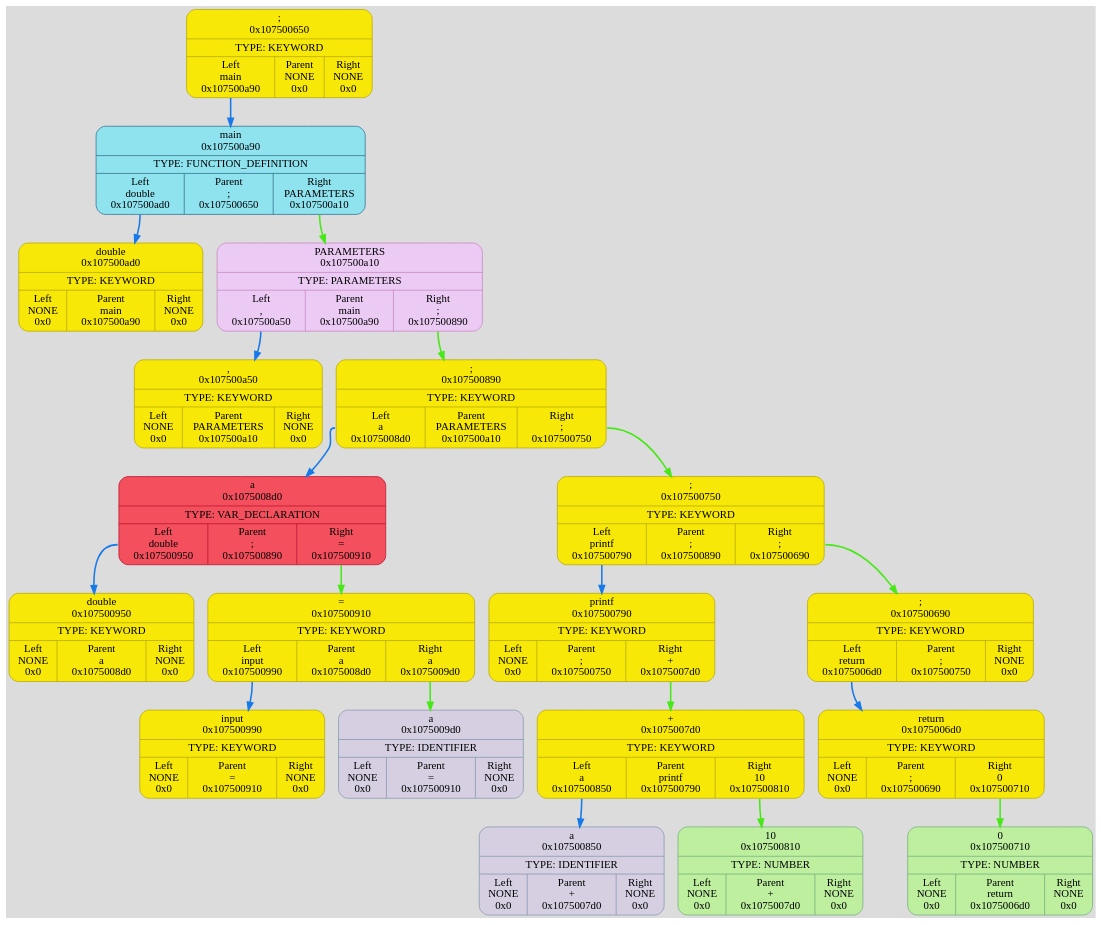
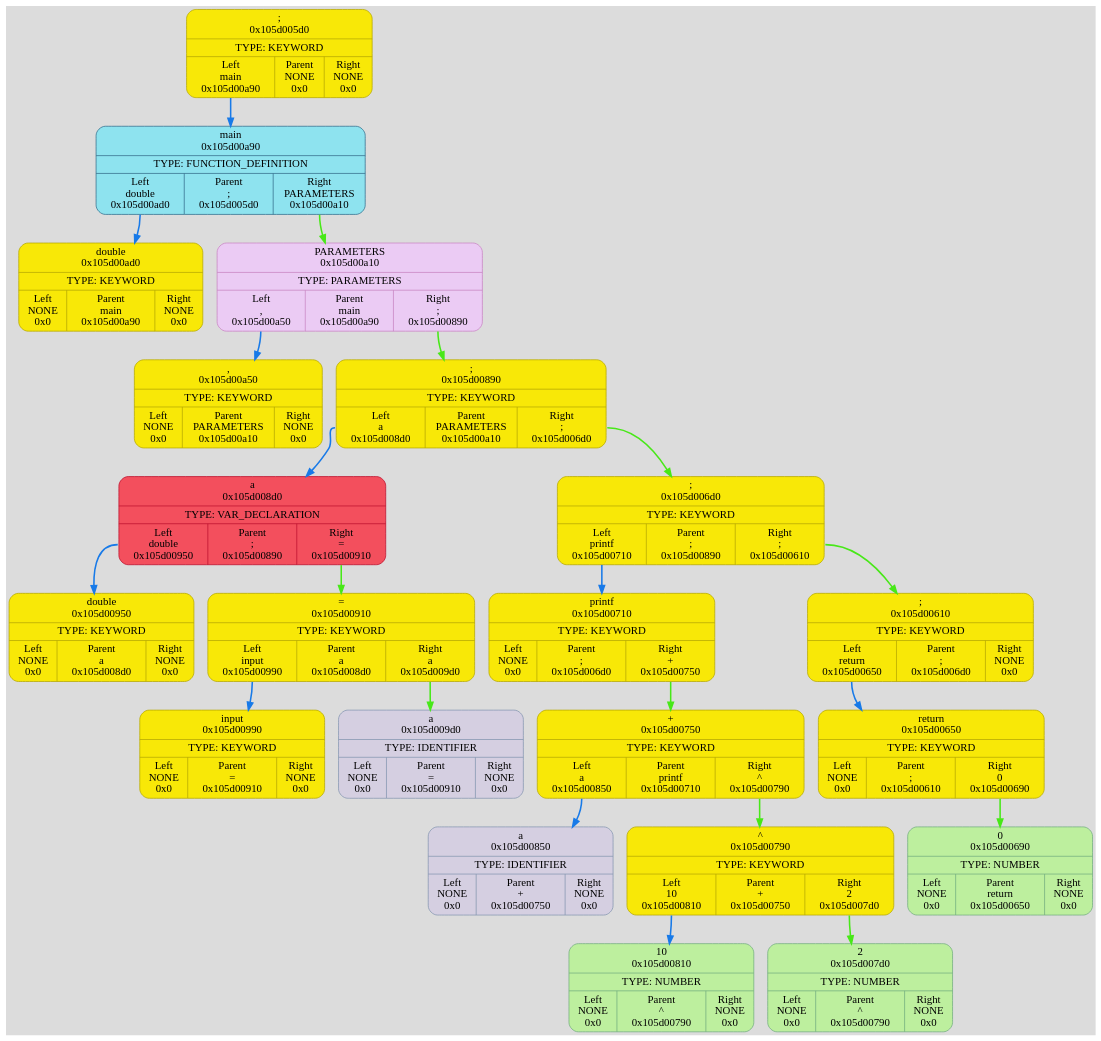
Before and after one commit to TolikRogov/Language: the diagram in Frontend/dump/graph.dot, drawn with Graphviz. The commit also changed 16 other files, not shown here.

```diff
--- a/Frontend/dump/graph.dot
+++ b/Frontend/dump/graph.dot
@@ -2,41 +2,45 @@
 	fontname = "UbuntuMono";
 	bgcolor = "#DCDCDC";
 
-	node0x107500650 [ shape = Mrecord; style = filled; fillcolor = "#F8E807"; color = "#B6AA05"; fontcolor = "#000000"; label = " { ;\n0x107500650 | TYPE: KEYWORD| { <left> Left\nmain\n0x107500a90 | Parent\nNONE\n0x0 | <right> Right\nNONE\n0x0 } } "; ];
-	node0x107500650:<left> -> node0x107500a90 [ style = "bold"; color = "#187AE8"; label = ""; ];
-	node0x107500a90 [ shape = Mrecord; style = filled; fillcolor = "#8EE3EF"; color = "#37718E"; fontcolor = "#000000"; label = " { main\n0x107500a90 | TYPE: FUNCTION_DEFINITION| { <left> Left\ndouble\n0x107500ad0 | Parent\n;\n0x107500650 | <right> Right\nPARAMETERS\n0x107500a10 } } "; ];
-	node0x107500a90:<left> -> node0x107500ad0 [ style = "bold"; color = "#187AE8"; label = ""; ];
-	node0x107500ad0 [ shape = Mrecord; style = filled; fillcolor = "#F8E807"; color = "#B6AA05"; fontcolor = "#000000"; label = " { double\n0x107500ad0 | TYPE: KEYWORD| { <left> Left\nNONE\n0x0 | Parent\nmain\n0x107500a90 | <right> Right\nNONE\n0x0 } } "; ];
-	node0x107500a10 [ shape = Mrecord; style = filled; fillcolor = "#EBCBF4"; color = "#C986C3"; fontcolor = "#000000"; label = " { PARAMETERS\n0x107500a10 | TYPE: PARAMETERS| { <left> Left\n,\n0x107500a50 | Parent\nmain\n0x107500a90 | <right> Right\n;\n0x107500890 } } "; ];
-	node0x107500a10:<left> -> node0x107500a50 [ style = "bold"; color = "#187AE8"; label = ""; ];
-	node0x107500a50 [ shape = Mrecord; style = filled; fillcolor = "#F8E807"; color = "#B6AA05"; fontcolor = "#000000"; label = " { ,\n0x107500a50 | TYPE: KEYWORD| { <left> Left\nNONE\n0x0 | Parent\nPARAMETERS\n0x107500a10 | <right> Right\nNONE\n0x0 } } "; ];
-	node0x107500890 [ shape = Mrecord; style = filled; fillcolor = "#F8E807"; color = "#B6AA05"; fontcolor = "#000000"; label = " { ;\n0x107500890 | TYPE: KEYWORD| { <left> Left\na\n0x1075008d0 | Parent\nPARAMETERS\n0x107500a10 | <right> Right\n;\n0x107500750 } } "; ];
-	node0x107500890:<left> -> node0x1075008d0 [ style = "bold"; color = "#187AE8"; label = ""; ];
-	node0x1075008d0 [ shape = Mrecord; style = filled; fillcolor = "#F34F5D"; color = "#BD132F"; fontcolor = "#000000"; label = " { a\n0x1075008d0 | TYPE: VAR_DECLARATION| { <left> Left\ndouble\n0x107500950 | Parent\n;\n0x107500890 | <right> Right\n=\n0x107500910 } } "; ];
-	node0x1075008d0:<left> -> node0x107500950 [ style = "bold"; color = "#187AE8"; label = ""; ];
-	node0x107500950 [ shape = Mrecord; style = filled; fillcolor = "#F8E807"; color = "#B6AA05"; fontcolor = "#000000"; label = " { double\n0x107500950 | TYPE: KEYWORD| { <left> Left\nNONE\n0x0 | Parent\na\n0x1075008d0 | <right> Right\nNONE\n0x0 } } "; ];
-	node0x107500910 [ shape = Mrecord; style = filled; fillcolor = "#F8E807"; color = "#B6AA05"; fontcolor = "#000000"; label = " { =\n0x107500910 | TYPE: KEYWORD| { <left> Left\ninput\n0x107500990 | Parent\na\n0x1075008d0 | <right> Right\na\n0x1075009d0 } } "; ];
-	node0x107500910:<left> -> node0x107500990 [ style = "bold"; color = "#187AE8"; label = ""; ];
-	node0x107500990 [ shape = Mrecord; style = filled; fillcolor = "#F8E807"; color = "#B6AA05"; fontcolor = "#000000"; label = " { input\n0x107500990 | TYPE: KEYWORD| { <left> Left\nNONE\n0x0 | Parent\n=\n0x107500910 | <right> Right\nNONE\n0x0 } } "; ];
-	node0x1075009d0 [ shape = Mrecord; style = filled; fillcolor = "#D5CFE1"; color = "#8797b2"; fontcolor = "#000000"; label = " { a\n0x1075009d0 | TYPE: IDENTIFIER| { <left> Left\nNONE\n0x0 | Parent\n=\n0x107500910 | <right> Right\nNONE\n0x0 } } "; ];
-	node0x107500910:<right> -> node0x1075009d0 [ style = "bold"; color = "#48E818"; label = ""; ];
-	node0x1075008d0:<right> -> node0x107500910 [ style = "bold"; color = "#48E818"; label = ""; ];
-	node0x107500750 [ shape = Mrecord; style = filled; fillcolor = "#F8E807"; color = "#B6AA05"; fontcolor = "#000000"; label = " { ;\n0x107500750 | TYPE: KEYWORD| { <left> Left\nprintf\n0x107500790 | Parent\n;\n0x107500890 | <right> Right\n;\n0x107500690 } } "; ];
-	node0x107500750:<left> -> node0x107500790 [ style = "bold"; color = "#187AE8"; label = ""; ];
-	node0x107500790 [ shape = Mrecord; style = filled; fillcolor = "#F8E807"; color = "#B6AA05"; fontcolor = "#000000"; label = " { printf\n0x107500790 | TYPE: KEYWORD| { <left> Left\nNONE\n0x0 | Parent\n;\n0x107500750 | <right> Right\n+\n0x1075007d0 } } "; ];
-	node0x1075007d0 [ shape = Mrecord; style = filled; fillcolor = "#F8E807"; color = "#B6AA05"; fontcolor = "#000000"; label = " { +\n0x1075007d0 | TYPE: KEYWORD| { <left> Left\na\n0x107500850 | Parent\nprintf\n0x107500790 | <right> Right\n10\n0x107500810 } } "; ];
-	node0x1075007d0:<left> -> node0x107500850 [ style = "bold"; color = "#187AE8"; label = ""; ];
-	node0x107500850 [ shape = Mrecord; style = filled; fillcolor = "#D5CFE1"; color = "#8797b2"; fontcolor = "#000000"; label = " { a\n0x107500850 | TYPE: IDENTIFIER| { <left> Left\nNONE\n0x0 | Parent\n+\n0x1075007d0 | <right> Right\nNONE\n0x0 } } "; ];
-	node0x107500810 [ shape = Mrecord; style = filled; fillcolor = "#BDEF9E"; color = "#74AF80"; fontcolor = "#000000"; label = " { 10\n0x107500810 | TYPE: NUMBER| { <left> Left\nNONE\n0x0 | Parent\n+\n0x1075007d0 | <right> Right\nNONE\n0x0 } } "; ];
-	node0x1075007d0:<right> -> node0x107500810 [ style = "bold"; color = "#48E818"; label = ""; ];
-	node0x107500790:<right> -> node0x1075007d0 [ style = "bold"; color = "#48E818"; label = ""; ];
-	node0x107500690 [ shape = Mrecord; style = filled; fillcolor = "#F8E807"; color = "#B6AA05"; fontcolor = "#000000"; label = " { ;\n0x107500690 | TYPE: KEYWORD| { <left> Left\nreturn\n0x1075006d0 | Parent\n;\n0x107500750 | <right> Right\nNONE\n0x0 } } "; ];
-	node0x107500690:<left> -> node0x1075006d0 [ style = "bold"; color = "#187AE8"; label = ""; ];
-	node0x1075006d0 [ shape = Mrecord; style = filled; fillcolor = "#F8E807"; color = "#B6AA05"; fontcolor = "#000000"; label = " { return\n0x1075006d0 | TYPE: KEYWORD| { <left> Left\nNONE\n0x0 | Parent\n;\n0x107500690 | <right> Right\n0\n0x107500710 } } "; ];
-	node0x107500710 [ shape = Mrecord; style = filled; fillcolor = "#BDEF9E"; color = "#74AF80"; fontcolor = "#000000"; label = " { 0\n0x107500710 | TYPE: NUMBER| { <left> Left\nNONE\n0x0 | Parent\nreturn\n0x1075006d0 | <right> Right\nNONE\n0x0 } } "; ];
-	node0x1075006d0:<right> -> node0x107500710 [ style = "bold"; color = "#48E818"; label = ""; ];
-	node0x107500750:<right> -> node0x107500690 [ style = "bold"; color = "#48E818"; label = ""; ];
-	node0x107500890:<right> -> node0x107500750 [ style = "bold"; color = "#48E818"; label = ""; ];
-	node0x107500a10:<right> -> node0x107500890 [ style = "bold"; color = "#48E818"; label = ""; ];
-	node0x107500a90:<right> -> node0x107500a10 [ style = "bold"; color = "#48E818"; label = ""; ];
+	node0x105d005d0 [ shape = Mrecord; style = filled; fillcolor = "#F8E807"; color = "#B6AA05"; fontcolor = "#000000"; label = " { ;\n0x105d005d0 | TYPE: KEYWORD| { <left> Left\nmain\n0x105d00a90 | Parent\nNONE\n0x0 | <right> Right\nNONE\n0x0 } } "; ];
+	node0x105d005d0:<left> -> node0x105d00a90 [ style = "bold"; color = "#187AE8"; label = ""; ];
+	node0x105d00a90 [ shape = Mrecord; style = filled; fillcolor = "#8EE3EF"; color = "#37718E"; fontcolor = "#000000"; label = " { main\n0x105d00a90 | TYPE: FUNCTION_DEFINITION| { <left> Left\ndouble\n0x105d00ad0 | Parent\n;\n0x105d005d0 | <right> Right\nPARAMETERS\n0x105d00a10 } } "; ];
+	node0x105d00a90:<left> -> node0x105d00ad0 [ style = "bold"; color = "#187AE8"; label = ""; ];
+	node0x105d00ad0 [ shape = Mrecord; style = filled; fillcolor = "#F8E807"; color = "#B6AA05"; fontcolor = "#000000"; label = " { double\n0x105d00ad0 | TYPE: KEYWORD| { <left> Left\nNONE\n0x0 | Parent\nmain\n0x105d00a90 | <right> Right\nNONE\n0x0 } } "; ];
+	node0x105d00a10 [ shape = Mrecord; style = filled; fillcolor = "#EBCBF4"; color = "#C986C3"; fontcolor = "#000000"; label = " { PARAMETERS\n0x105d00a10 | TYPE: PARAMETERS| { <left> Left\n,\n0x105d00a50 | Parent\nmain\n0x105d00a90 | <right> Right\n;\n0x105d00890 } } "; ];
+	node0x105d00a10:<left> -> node0x105d00a50 [ style = "bold"; color = "#187AE8"; label = ""; ];
+	node0x105d00a50 [ shape = Mrecord; style = filled; fillcolor = "#F8E807"; color = "#B6AA05"; fontcolor = "#000000"; label = " { ,\n0x105d00a50 | TYPE: KEYWORD| { <left> Left\nNONE\n0x0 | Parent\nPARAMETERS\n0x105d00a10 | <right> Right\nNONE\n0x0 } } "; ];
+	node0x105d00890 [ shape = Mrecord; style = filled; fillcolor = "#F8E807"; color = "#B6AA05"; fontcolor = "#000000"; label = " { ;\n0x105d00890 | TYPE: KEYWORD| { <left> Left\na\n0x105d008d0 | Parent\nPARAMETERS\n0x105d00a10 | <right> Right\n;\n0x105d006d0 } } "; ];
+	node0x105d00890:<left> -> node0x105d008d0 [ style = "bold"; color = "#187AE8"; label = ""; ];
+	node0x105d008d0 [ shape = Mrecord; style = filled; fillcolor = "#F34F5D"; color = "#BD132F"; fontcolor = "#000000"; label = " { a\n0x105d008d0 | TYPE: VAR_DECLARATION| { <left> Left\ndouble\n0x105d00950 | Parent\n;\n0x105d00890 | <right> Right\n=\n0x105d00910 } } "; ];
+	node0x105d008d0:<left> -> node0x105d00950 [ style = "bold"; color = "#187AE8"; label = ""; ];
+	node0x105d00950 [ shape = Mrecord; style = filled; fillcolor = "#F8E807"; color = "#B6AA05"; fontcolor = "#000000"; label = " { double\n0x105d00950 | TYPE: KEYWORD| { <left> Left\nNONE\n0x0 | Parent\na\n0x105d008d0 | <right> Right\nNONE\n0x0 } } "; ];
+	node0x105d00910 [ shape = Mrecord; style = filled; fillcolor = "#F8E807"; color = "#B6AA05"; fontcolor = "#000000"; label = " { =\n0x105d00910 | TYPE: KEYWORD| { <left> Left\ninput\n0x105d00990 | Parent\na\n0x105d008d0 | <right> Right\na\n0x105d009d0 } } "; ];
+	node0x105d00910:<left> -> node0x105d00990 [ style = "bold"; color = "#187AE8"; label = ""; ];
+	node0x105d00990 [ shape = Mrecord; style = filled; fillcolor = "#F8E807"; color = "#B6AA05"; fontcolor = "#000000"; label = " { input\n0x105d00990 | TYPE: KEYWORD| { <left> Left\nNONE\n0x0 | Parent\n=\n0x105d00910 | <right> Right\nNONE\n0x0 } } "; ];
+	node0x105d009d0 [ shape = Mrecord; style = filled; fillcolor = "#D5CFE1"; color = "#8797b2"; fontcolor = "#000000"; label = " { a\n0x105d009d0 | TYPE: IDENTIFIER| { <left> Left\nNONE\n0x0 | Parent\n=\n0x105d00910 | <right> Right\nNONE\n0x0 } } "; ];
+	node0x105d00910:<right> -> node0x105d009d0 [ style = "bold"; color = "#48E818"; label = ""; ];
+	node0x105d008d0:<right> -> node0x105d00910 [ style = "bold"; color = "#48E818"; label = ""; ];
+	node0x105d006d0 [ shape = Mrecord; style = filled; fillcolor = "#F8E807"; color = "#B6AA05"; fontcolor = "#000000"; label = " { ;\n0x105d006d0 | TYPE: KEYWORD| { <left> Left\nprintf\n0x105d00710 | Parent\n;\n0x105d00890 | <right> Right\n;\n0x105d00610 } } "; ];
+	node0x105d006d0:<left> -> node0x105d00710 [ style = "bold"; color = "#187AE8"; label = ""; ];
+	node0x105d00710 [ shape = Mrecord; style = filled; fillcolor = "#F8E807"; color = "#B6AA05"; fontcolor = "#000000"; label = " { printf\n0x105d00710 | TYPE: KEYWORD| { <left> Left\nNONE\n0x0 | Parent\n;\n0x105d006d0 | <right> Right\n+\n0x105d00750 } } "; ];
+	node0x105d00750 [ shape = Mrecord; style = filled; fillcolor = "#F8E807"; color = "#B6AA05"; fontcolor = "#000000"; label = " { +\n0x105d00750 | TYPE: KEYWORD| { <left> Left\na\n0x105d00850 | Parent\nprintf\n0x105d00710 | <right> Right\n^\n0x105d00790 } } "; ];
+	node0x105d00750:<left> -> node0x105d00850 [ style = "bold"; color = "#187AE8"; label = ""; ];
+	node0x105d00850 [ shape = Mrecord; style = filled; fillcolor = "#D5CFE1"; color = "#8797b2"; fontcolor = "#000000"; label = " { a\n0x105d00850 | TYPE: IDENTIFIER| { <left> Left\nNONE\n0x0 | Parent\n+\n0x105d00750 | <right> Right\nNONE\n0x0 } } "; ];
+	node0x105d00790 [ shape = Mrecord; style = filled; fillcolor = "#F8E807"; color = "#B6AA05"; fontcolor = "#000000"; label = " { ^\n0x105d00790 | TYPE: KEYWORD| { <left> Left\n10\n0x105d00810 | Parent\n+\n0x105d00750 | <right> Right\n2\n0x105d007d0 } } "; ];
+	node0x105d00790:<left> -> node0x105d00810 [ style = "bold"; color = "#187AE8"; label = ""; ];
+	node0x105d00810 [ shape = Mrecord; style = filled; fillcolor = "#BDEF9E"; color = "#74AF80"; fontcolor = "#000000"; label = " { 10\n0x105d00810 | TYPE: NUMBER| { <left> Left\nNONE\n0x0 | Parent\n^\n0x105d00790 | <right> Right\nNONE\n0x0 } } "; ];
+	node0x105d007d0 [ shape = Mrecord; style = filled; fillcolor = "#BDEF9E"; color = "#74AF80"; fontcolor = "#000000"; label = " { 2\n0x105d007d0 | TYPE: NUMBER| { <left> Left\nNONE\n0x0 | Parent\n^\n0x105d00790 | <right> Right\nNONE\n0x0 } } "; ];
+	node0x105d00790:<right> -> node0x105d007d0 [ style = "bold"; color = "#48E818"; label = ""; ];
+	node0x105d00750:<right> -> node0x105d00790 [ style = "bold"; color = "#48E818"; label = ""; ];
+	node0x105d00710:<right> -> node0x105d00750 [ style = "bold"; color = "#48E818"; label = ""; ];
+	node0x105d00610 [ shape = Mrecord; style = filled; fillcolor = "#F8E807"; color = "#B6AA05"; fontcolor = "#000000"; label = " { ;\n0x105d00610 | TYPE: KEYWORD| { <left> Left\nreturn\n0x105d00650 | Parent\n;\n0x105d006d0 | <right> Right\nNONE\n0x0 } } "; ];
+	node0x105d00610:<left> -> node0x105d00650 [ style = "bold"; color = "#187AE8"; label = ""; ];
+	node0x105d00650 [ shape = Mrecord; style = filled; fillcolor = "#F8E807"; color = "#B6AA05"; fontcolor = "#000000"; label = " { return\n0x105d00650 | TYPE: KEYWORD| { <left> Left\nNONE\n0x0 | Parent\n;\n0x105d00610 | <right> Right\n0\n0x105d00690 } } "; ];
+	node0x105d00690 [ shape = Mrecord; style = filled; fillcolor = "#BDEF9E"; color = "#74AF80"; fontcolor = "#000000"; label = " { 0\n0x105d00690 | TYPE: NUMBER| { <left> Left\nNONE\n0x0 | Parent\nreturn\n0x105d00650 | <right> Right\nNONE\n0x0 } } "; ];
+	node0x105d00650:<right> -> node0x105d00690 [ style = "bold"; color = "#48E818"; label = ""; ];
+	node0x105d006d0:<right> -> node0x105d00610 [ style = "bold"; color = "#48E818"; label = ""; ];
+	node0x105d00890:<right> -> node0x105d006d0 [ style = "bold"; color = "#48E818"; label = ""; ];
+	node0x105d00a10:<right> -> node0x105d00890 [ style = "bold"; color = "#48E818"; label = ""; ];
+	node0x105d00a90:<right> -> node0x105d00a10 [ style = "bold"; color = "#48E818"; label = ""; ];
 }
```
